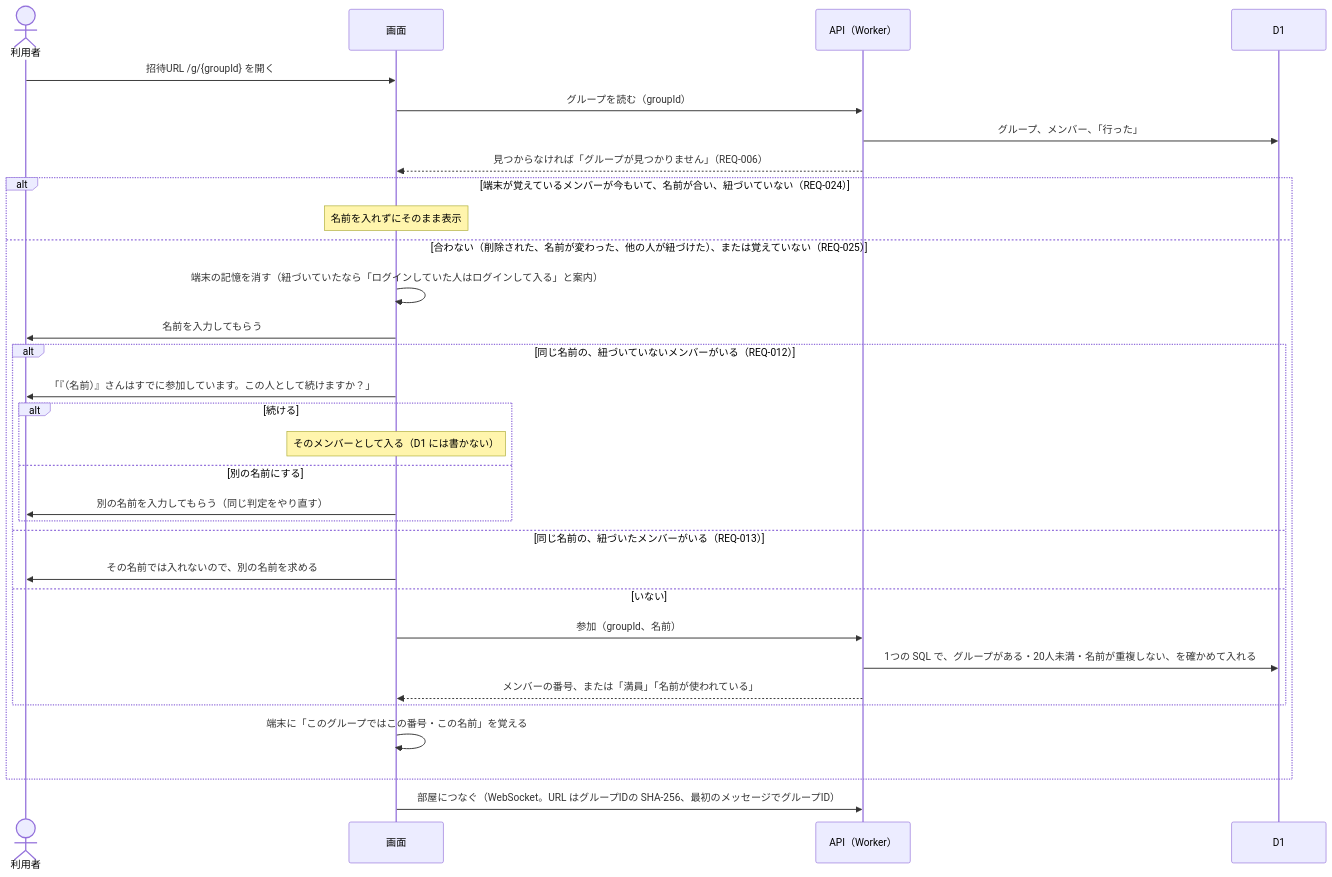
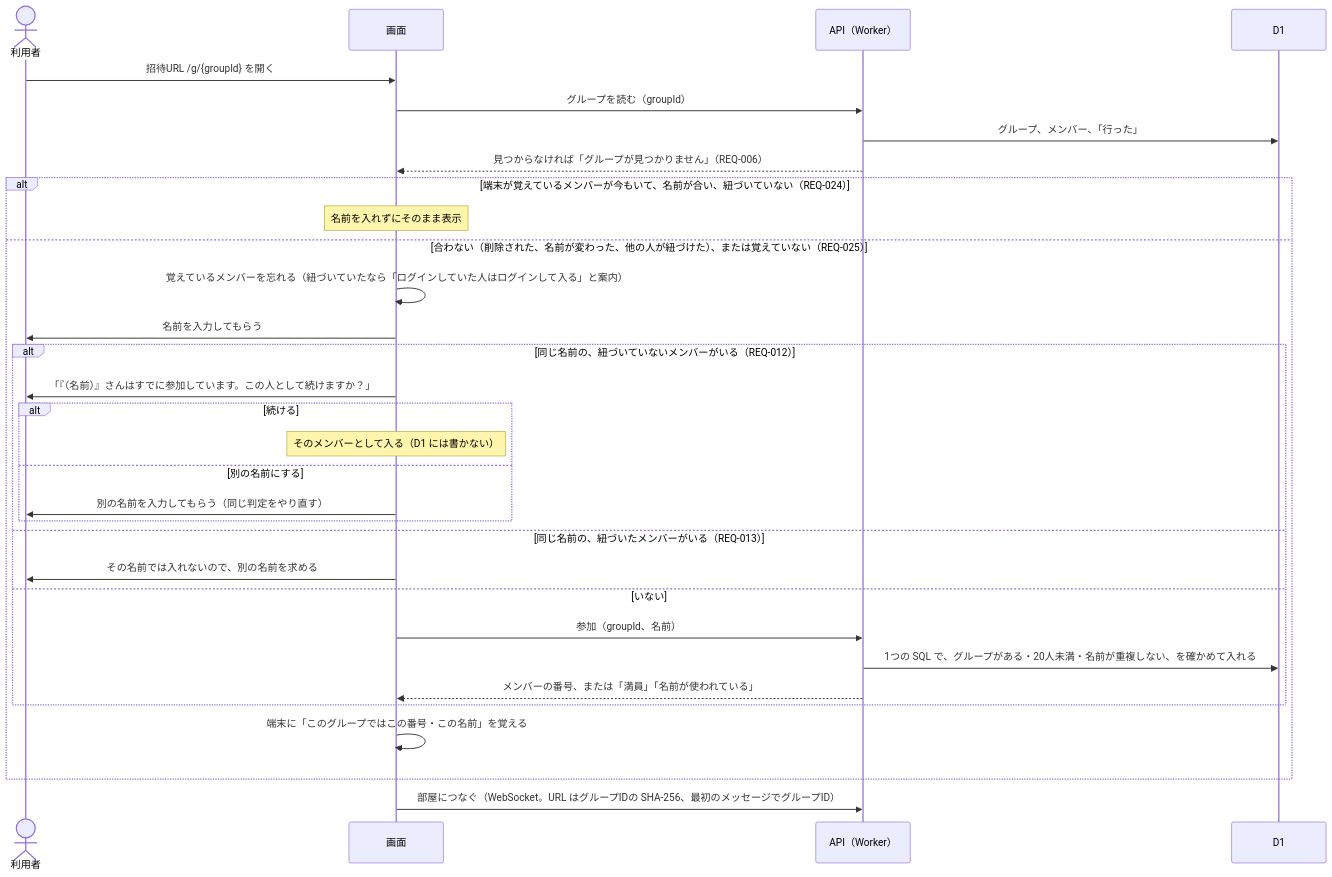
Before and after one commit to yuppy52/tabikaigi-map: the first of 4 diagrams in docs/design/auth-flow.md, drawn with Mermaid. The commit also changed other lines of this file and 10 other files, not shown here.

````diff
--- a/docs/design/auth-flow.md
+++ b/docs/design/auth-flow.md
@@ -17,34 +17,34 @@
 ```mermaid
 sequenceDiagram
   actor U as 利用者
   participant App as 画面
   participant API as API（Worker）
   participant DB as D1
 
   U->>App: 招待URL /g/{groupId} を開く
   App->>API: グループを読む（groupId）
   API->>DB: グループ、メンバー、「行った」
   API-->>App: 見つからなければ「グループが見つかりません」（REQ-006）
   alt 端末が覚えているメンバーが今もいて、名前が合い、紐づいていない（REQ-024）
     Note over App: 名前を入れずにそのまま表示
   else 合わない（削除された、名前が変わった、他の人が紐づけた）、または覚えていない（REQ-025）
-    App->>App: 端末の記憶を消す（紐づいていたなら「ログインしていた人はログインして入る」と案内）
+    App->>App: 覚えているメンバーを忘れる（紐づいていたなら「ログインしていた人はログインして入る」と案内）
     App->>U: 名前を入力してもらう
     alt 同じ名前の、紐づいていないメンバーがいる（REQ-012）
       App->>U: 「『（名前）』さんはすでに参加しています。この人として続けますか？」
       alt 続ける
         Note over App: そのメンバーとして入る（D1 には書かない）
       else 別の名前にする
         App->>U: 別の名前を入力してもらう（同じ判定をやり直す）
       end
     else 同じ名前の、紐づいたメンバーがいる（REQ-013）
       App->>U: その名前では入れないので、別の名前を求める
     else いない
       App->>API: 参加（groupId、名前）
       API->>DB: 1つの SQL で、グループがある・20人未満・名前が重複しない、を確かめて入れる
       API-->>App: メンバーの番号、または「満員」「名前が使われている」
     end
     App->>App: 端末に「このグループではこの番号・この名前」を覚える
   end
   App->>API: 部屋につなぐ（WebSocket。URL はグループIDの SHA-256、最初のメッセージでグループID）
 ```
````
